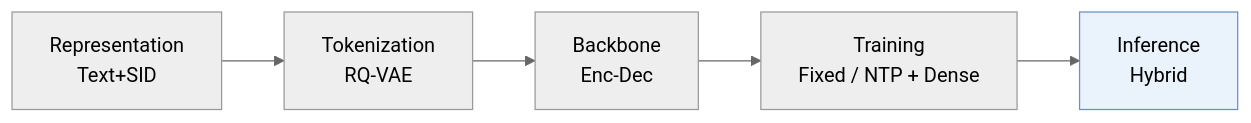
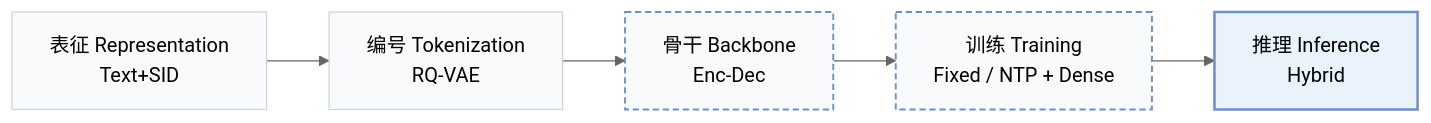
Before and after one commit to Galaxy-ghost/Awesome-SID-Generative-Rec: the first of 3 diagrams in pages/zh/papers/liger.md, drawn with Mermaid (neutral theme). The commit also changed other lines of this file and 649 other files, not shown here.

Commit message:
writer-05: also tags and modality index (schema, check, build, visuals); summary field removed; calibration data for 12 papers

````diff
--- a/pages/zh/papers/liger.md
+++ b/pages/zh/papers/liger.md
@@ -13,6 +15,10 @@
 ```mermaid
 flowchart LR
-    R["Representation<br/>Text+SID"] --> T["Tokenization<br/>RQ-VAE"] --> B["Backbone<br/>Enc-Dec"] --> TR["Training<br/>Fixed / NTP + Dense"] --> I["Inference<br/>Hybrid"]
-    classDef main fill:#eaf2fb,stroke:#6b8fc7
+    R["表征 Representation<br/>Text+SID"] --> T["编号 Tokenization<br/>RQ-VAE"] --> B["骨干 Backbone<br/>Enc-Dec"] --> TR["训练 Training<br/>Fixed / NTP + Dense"] --> I["推理 Inference<br/>Hybrid"]
+    classDef base fill:#f8fafc,stroke:#cbd5e1
+    class R,T,B,TR,I base
+    classDef also fill:#f8fafc,stroke:#6b8fc7,stroke-width:1.5px,stroke-dasharray:5 3
+    class B,TR also
+    classDef main fill:#eaf2fb,stroke:#6b8fc7,stroke-width:2px
     class I main
 ```
````
